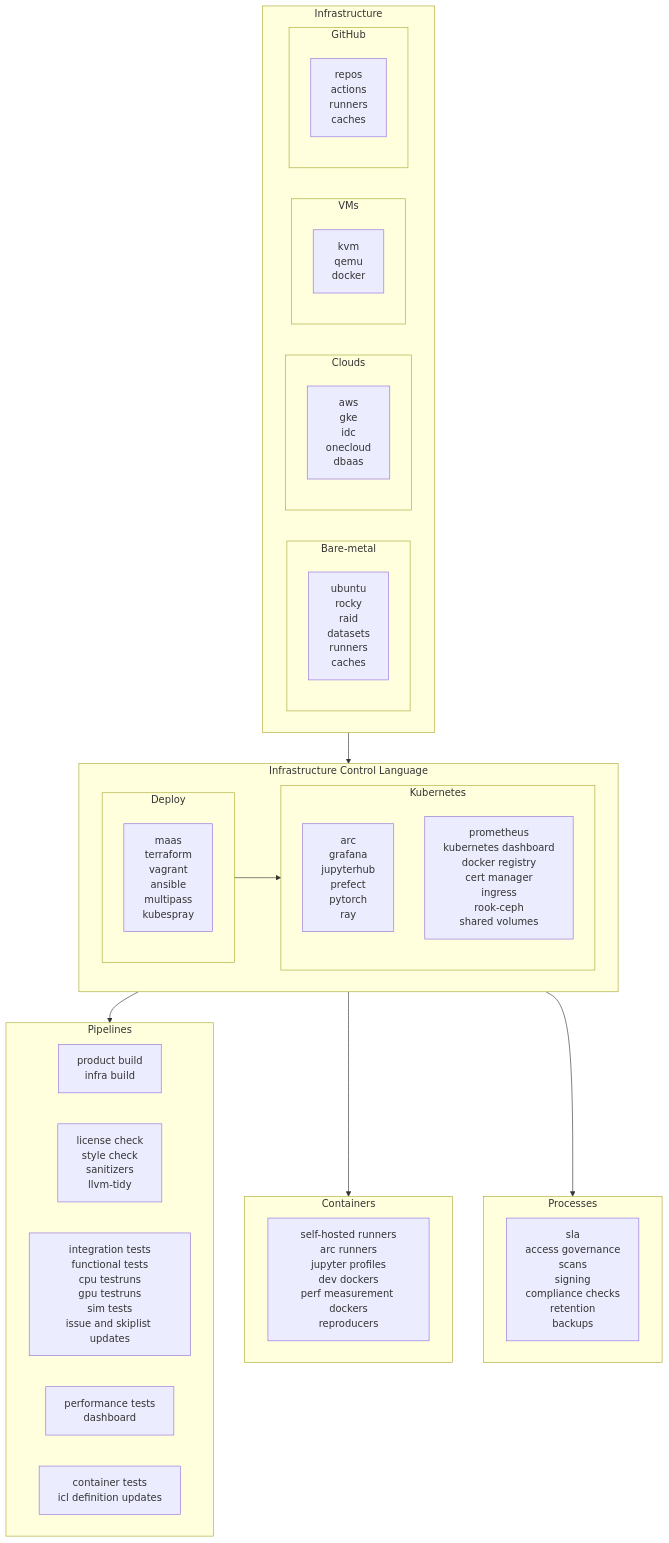
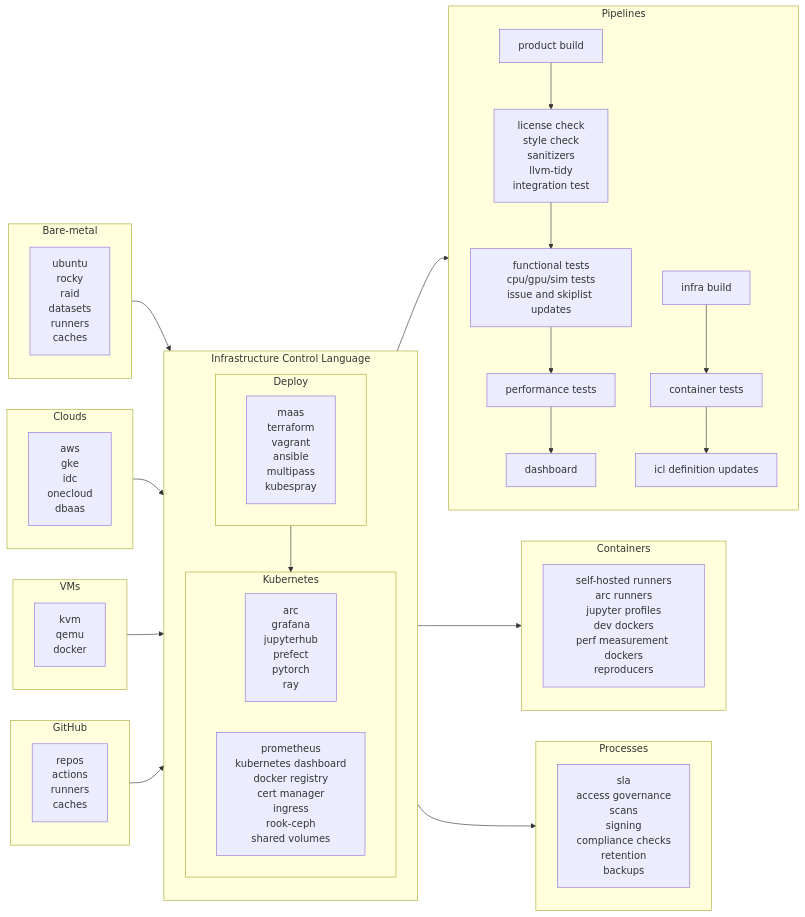
Before and after one commit to aregm/icl: the diagram in README.md, drawn with Mermaid. The commit also changed other lines of this file, not shown here.

Commit message:
Try to tweak a layout, signed commit

````diff
--- a/README.md
+++ b/README.md
@@ -84,37 +84,40 @@
 ```mermaid
-flowchart TD
-    subgraph Infrastructure
-        subgraph Bare-metal
-            bm["`ubuntu
-            rocky
-            raid
-            datasets
-            runners
-            caches`"]
-        end
+flowchart LR
+    subgraph Bare-metal
+        bm["`ubuntu
+        rocky
+        raid
+        datasets
+        runners
+        caches`"]
+    end
 
-        subgraph Clouds
-            c["`aws
-                gke
-                idc
-                onecloud
-                dbaas
-            `"]
-        end
+    subgraph Clouds
+        c["`aws
+            gke
+            idc
+            onecloud
+            dbaas
+        `"]
+    end
 
-        subgraph VMs
-            vm["`kvm
-            qemu
-            docker`"]
-        end
+    subgraph VMs
+        vm["`kvm
+        qemu
+        docker`"]
+    end
 
-        subgraph GitHub
-            gh["`repos
-            actions
-            runners
-            caches`"]
-        end
+    subgraph GitHub
+        gh["`repos
+        actions
+        runners
+        caches`"]
     end
+
+    Bare-metal --> icl
+    Clouds --> icl
+    VMs --> icl
+    GitHub --> icl
 
     subgraph icl["Infrastructure&nbsp;Control&nbsp;Language"]
         subgraph Kubernetes
@@ -127,10 +130,10 @@
             system["`
                 prometheus
                 kubernetes dashboard
-                docker registry 
+                docker registry
                 cert manager
                 ingress
-                rook-ceph 
+                rook-ceph
                 shared volumes`"]
         end
         subgraph Deploy
@@ -143,30 +146,24 @@
         end
         Deploy --> Kubernetes
     end
-    Infrastructure --> icl
 
     subgraph Pipelines
-        pb["`product build
-            infra build`"]
-        
+        pb["product build"] -->
+
         check["`license check
             style check
             sanitizers
-            llvm-tidy`"]
+            llvm-tidy
+            integration test`"] -->
 
-        test["`integration tests
-            functional tests
-            cpu testruns
-            gpu testruns
-            sim tests
-            issue and skiplist updates`"]
+        test["`functional tests
+            cpu/gpu/sim tests
+            issue and skiplist updates`"] -->
 
-        perf["`performance tests
-            dashboard`"]
+        perf["performance tests"] --> dashboard
 
-        ctests["`container tests
-        icl definition updates`"]
 
+        ib["infra build"] --> ctest["container tests"] --> iclu["icl definition updates"]
     end
     icl --> Pipelines
 
````
